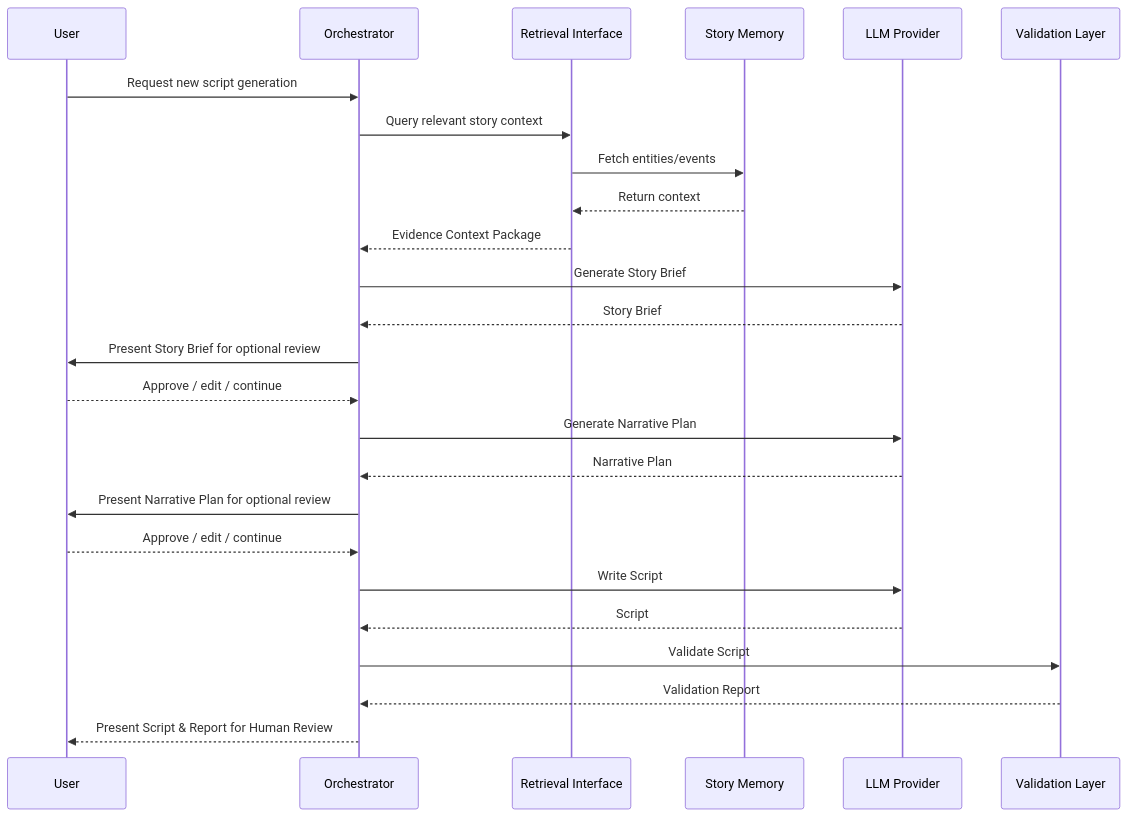
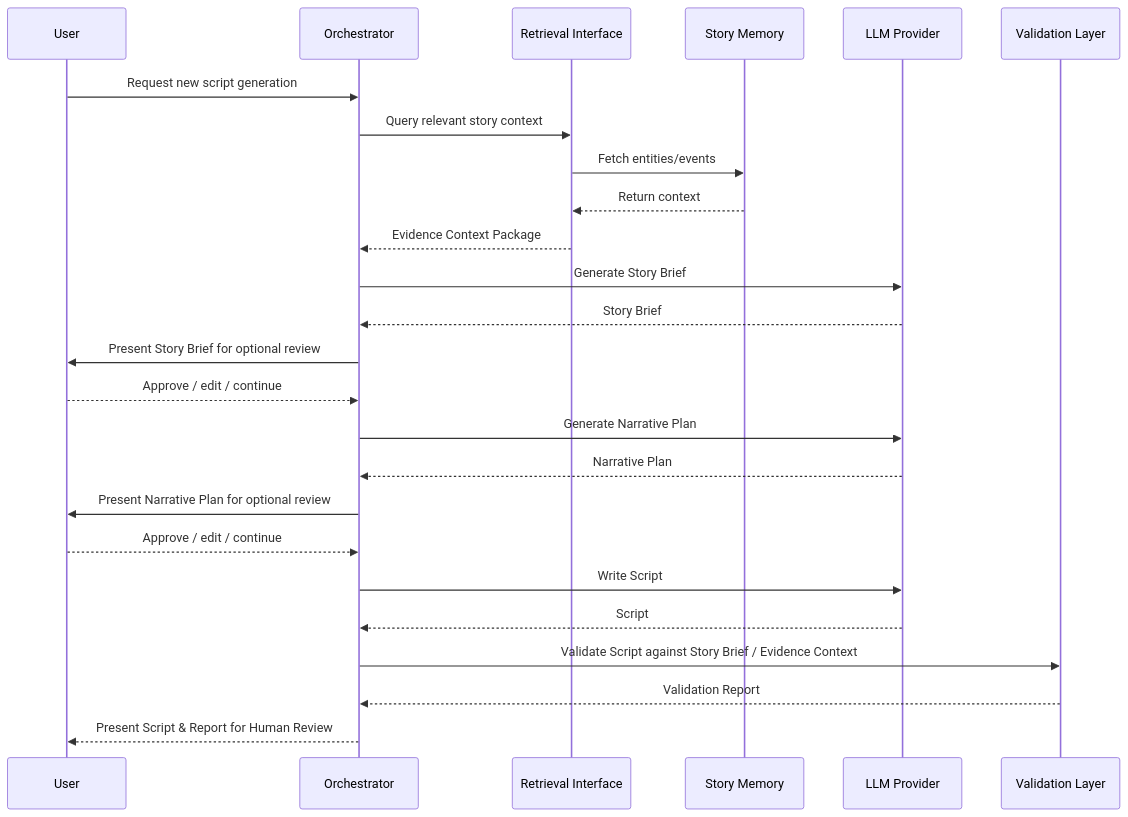
Before and after one commit to AnhTaizz/AI-storytelling: the second of 2 diagrams in docs/TARGET_ARCHITECTURE.md, drawn with Mermaid. The commit also changed other lines of this file, not shown here.

Commit message:
docs: finalize target architecture contracts (TASK 001K-R0-FINAL)

````diff
--- a/docs/TARGET_ARCHITECTURE.md
+++ b/docs/TARGET_ARCHITECTURE.md
@@ -38,33 +38,33 @@
 ```mermaid
 sequenceDiagram
     participant User
     participant Orchestrator
     participant Retrieval Interface
     participant Story Memory
     participant LLM Provider
     participant Validation Layer
     
     User->>Orchestrator: Request new script generation
     Orchestrator->>Retrieval Interface: Query relevant story context
     Retrieval Interface->>Story Memory: Fetch entities/events
     Story Memory-->>Retrieval Interface: Return context
     Retrieval Interface-->>Orchestrator: Evidence Context Package
     
     Orchestrator->>LLM Provider: Generate Story Brief
     LLM Provider-->>Orchestrator: Story Brief
     Orchestrator->>User: Present Story Brief for optional review
     User-->>Orchestrator: Approve / edit / continue
     
     Orchestrator->>LLM Provider: Generate Narrative Plan
     LLM Provider-->>Orchestrator: Narrative Plan
     Orchestrator->>User: Present Narrative Plan for optional review
     User-->>Orchestrator: Approve / edit / continue
     
     Orchestrator->>LLM Provider: Write Script
     LLM Provider-->>Orchestrator: Script
     
-    Orchestrator->>Validation Layer: Validate Script
+    Orchestrator->>Validation Layer: Validate Script against Story Brief / Evidence Context
     Validation Layer-->>Orchestrator: Validation Report
     
     Orchestrator-->>User: Present Script & Report for Human Review
 ```
````
